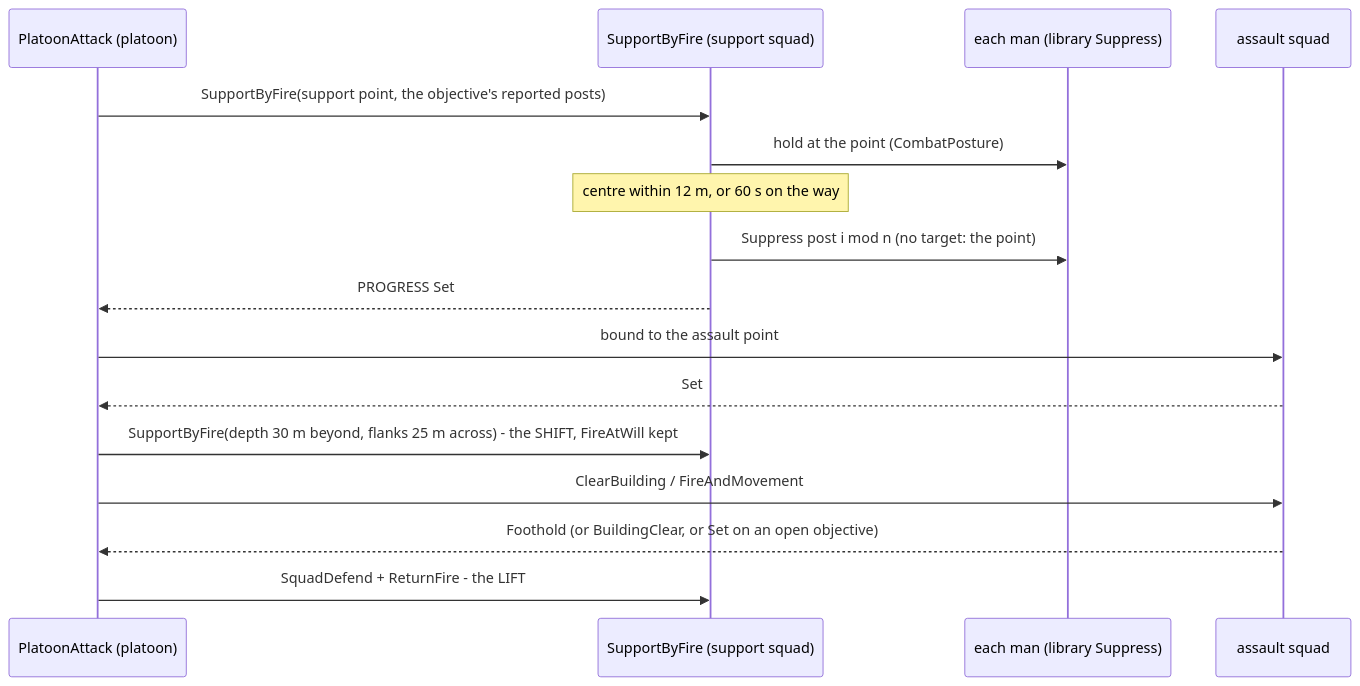
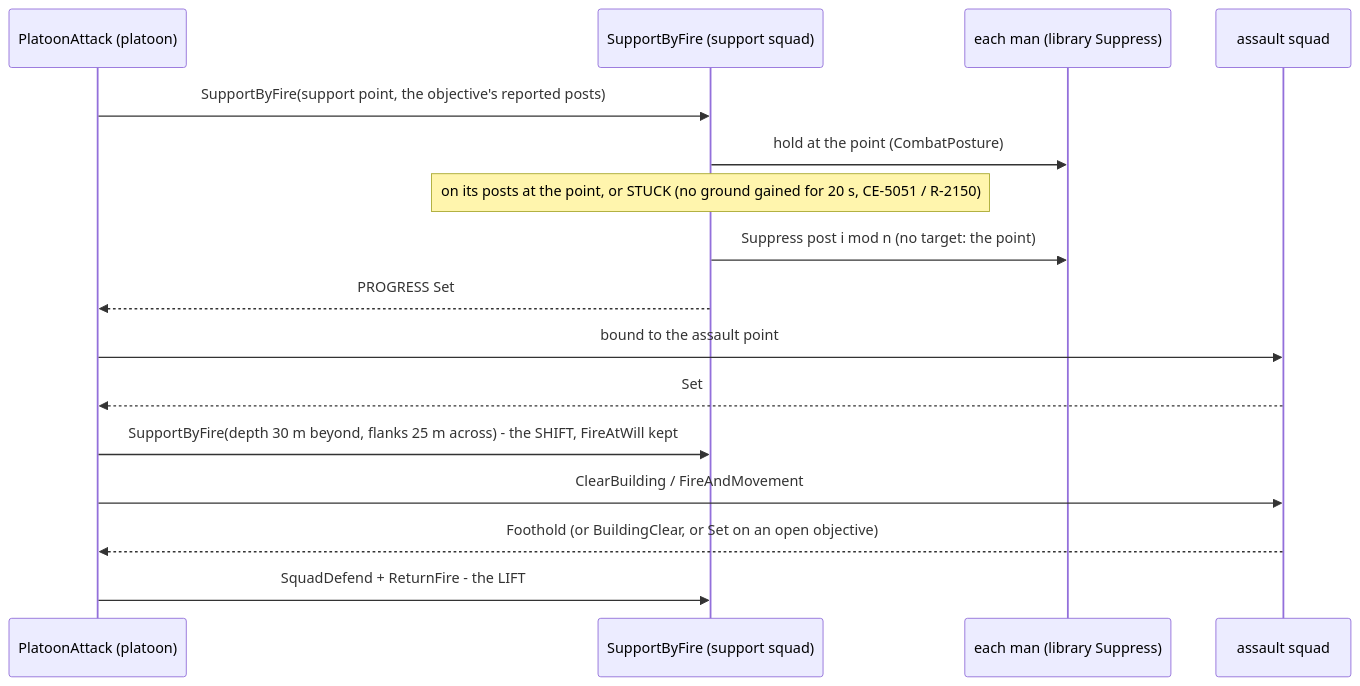
One commit to pjanec/HROT changed the third of 5 diagrams in docs/designs/group-maneuvers/DESIGN_Assault_Under_Fire.md. Above: the diagram before and after it, drawn with Mermaid. The commit also changed 2 other files, not shown here.

Commit message:
docs(CE-5051): R-2150 (lane decision, for review: a base of fire fires short of its point only when stuck — supersedes R-2106's 60 s clause); AU-1 sequence as built; CE-5051 measured at head
Claude-Session: https://claude.ai/code/session_01UUS7RS2qAWX2WQnqmBaj9o

````diff
--- a/docs/designs/group-maneuvers/DESIGN_Assault_Under_Fire.md
+++ b/docs/designs/group-maneuvers/DESIGN_Assault_Under_Fire.md
@@ -157,18 +157,18 @@
 ```mermaid
 sequenceDiagram
   participant PA as PlatoonAttack (platoon)
   participant SBF as SupportByFire (support squad)
   participant M as each man (library Suppress)
   participant AS as assault squad
   PA->>SBF: SupportByFire(support point, the objective's reported posts)
   SBF->>M: hold at the point (CombatPosture)
-  Note over SBF: centre within 12 m, or 60 s on the way
+  Note over SBF: on its posts at the point, or STUCK (no ground gained for 20 s, CE-5051 / R-2150)
   SBF->>M: Suppress post i mod n (no target: the point)
   SBF-->>PA: PROGRESS Set
   PA->>AS: bound to the assault point
   AS-->>PA: Set
   PA->>SBF: SupportByFire(depth 30 m beyond, flanks 25 m across) - the SHIFT, FireAtWill kept
   PA->>AS: ClearBuilding / FireAndMovement
   AS-->>PA: Foothold (or BuildingClear, or Set on an open objective)
   PA->>SBF: SquadDefend + ReturnFire - the LIFT
 ```
````
